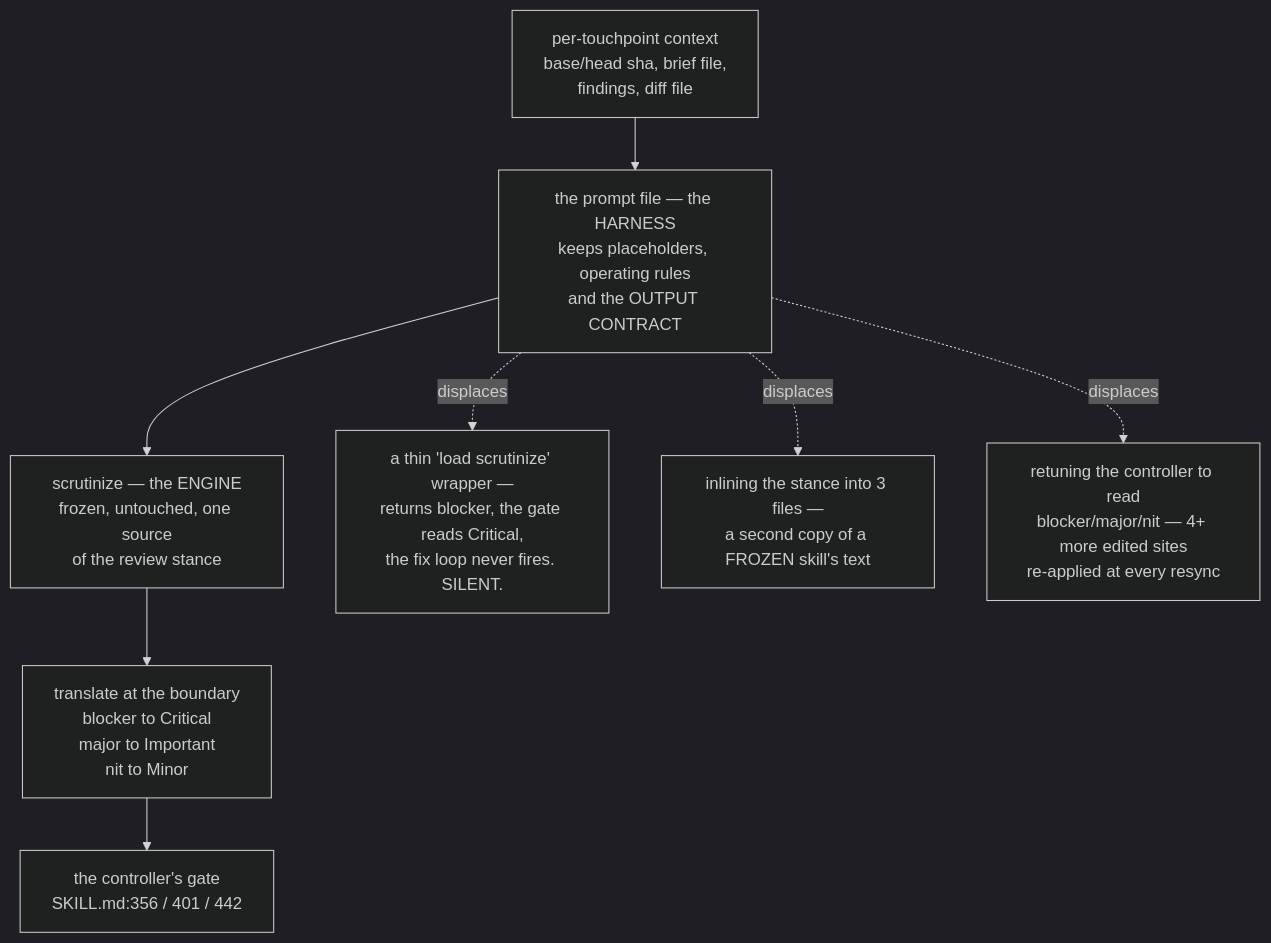
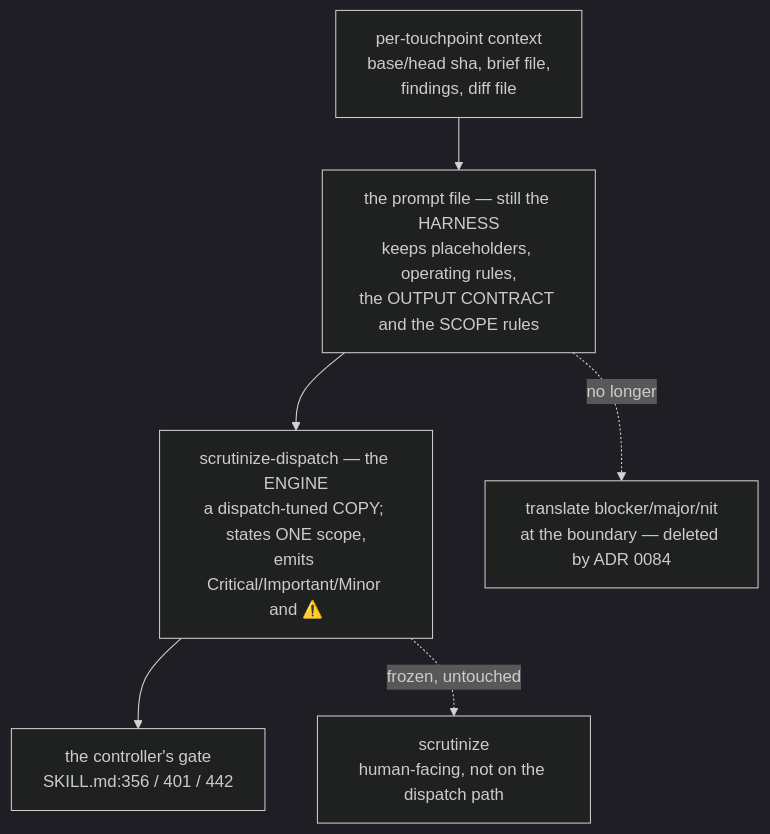
Before and after one commit to ThodsaphonSonthiphin/workflow-daily-work: the second of 2 diagrams in docs/decision-map/superpowers-review-to-scrutinize/tickets/reviewer-invocation.md, drawn with Mermaid (dark theme). The commit also changed other lines of this file and 6 other files, not shown here.

````diff
--- a/docs/decision-map/superpowers-review-to-scrutinize/tickets/reviewer-invocation.md
+++ b/docs/decision-map/superpowers-review-to-scrutinize/tickets/reviewer-invocation.md
@@ -29,10 +29,8 @@
 ```mermaid
 flowchart TD
     CTX["per-touchpoint context<br/>base/head sha, brief file,<br/>findings, diff file"] --> P
-    P["the prompt file — the HARNESS<br/>keeps placeholders, operating rules<br/>and the OUTPUT CONTRACT"] --> S["scrutinize — the ENGINE<br/>frozen, untouched, one source<br/>of the review stance"]
-    S --> T["translate at the boundary<br/>blocker to Critical<br/>major to Important<br/>nit to Minor"]
-    T --> G["the controller's gate<br/>SKILL.md:356 / 401 / 442"]
-    P -. displaces .-> W["a thin 'load scrutinize' wrapper —<br/>returns blocker, the gate reads Critical,<br/>the fix loop never fires. SILENT."]
-    P -. displaces .-> I["inlining the stance into 3 files —<br/>a second copy of a FROZEN skill's text"]
-    P -. displaces .-> R["retuning the controller to read<br/>blocker/major/nit — 4+ more edited sites<br/>re-applied at every resync"]
+    P["the prompt file — still the HARNESS<br/>keeps placeholders, operating rules,<br/>the OUTPUT CONTRACT and the SCOPE rules"] --> S["scrutinize-dispatch — the ENGINE<br/>a dispatch-tuned COPY; states ONE scope,<br/>emits Critical/Important/Minor and ⚠️"]
+    S --> G["the controller's gate<br/>SKILL.md:356 / 401 / 442"]
+    P -. no longer .-> T["translate blocker/major/nit<br/>at the boundary — deleted by ADR 0084"]
+    S -. frozen, untouched .-> F["scrutinize<br/>human-facing, not on the dispatch path"]
 ```
````
